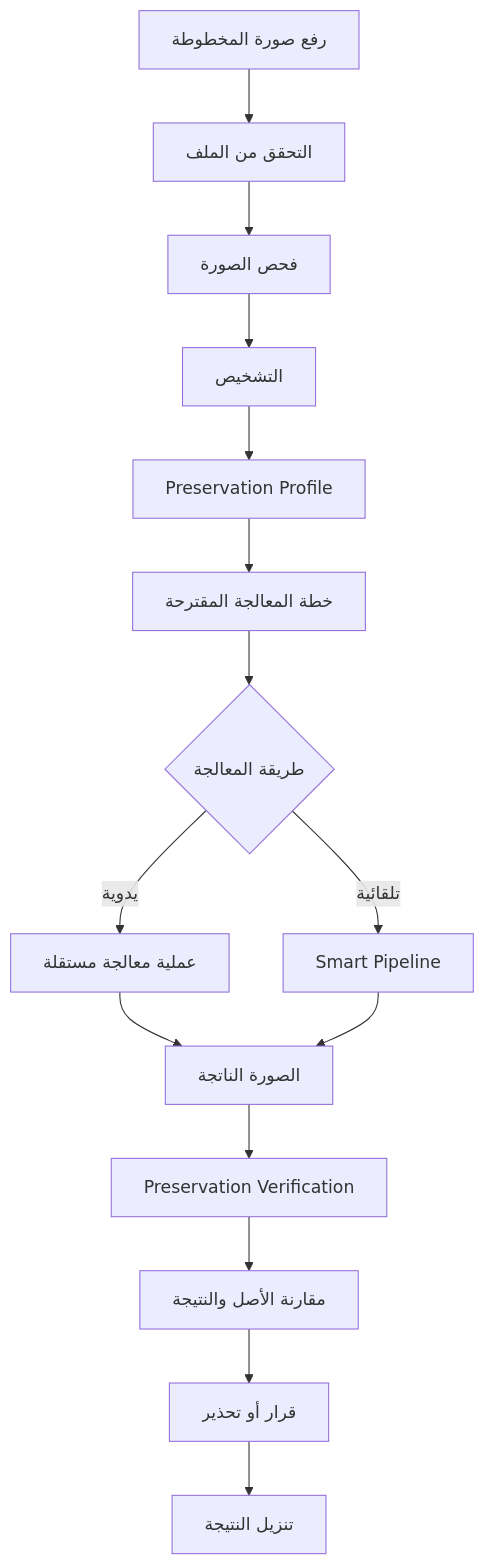
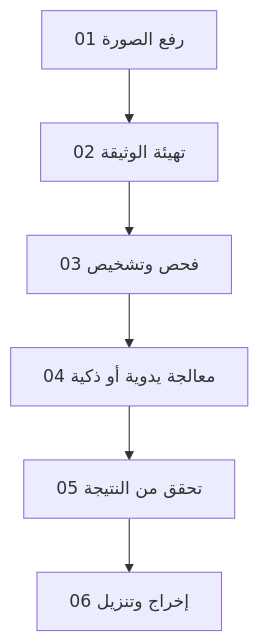
The second of 3 diagrams in docs/overview.md (Alhareith/manuscript-doctor), drawn with Mermaid before and after one commit. The commit also changed other lines of this file and 168 other files, not shown here.

````diff
--- a/docs/overview.md
+++ b/docs/overview.md
@@ -124,17 +70,8 @@
 ```mermaid
 flowchart TD
-    A["رفع صورة المخطوطة"] --> B["التحقق من الملف"]
-    B --> C["فحص الصورة"]
-    C --> D["التشخيص"]
-    D --> E["Preservation Profile"]
-    E --> F["خطة المعالجة المقترحة"]
-    F --> G{"طريقة المعالجة"}
-    G -->|يدوية| H["عملية معالجة مستقلة"]
-    G -->|تلقائية| I["Smart Pipeline"]
-    H --> J["الصورة الناتجة"]
-    I --> J
-    J --> K["Preservation Verification"]
-    K --> L["مقارنة الأصل والنتيجة"]
-    L --> M["قرار أو تحذير"]
-    M --> N["تنزيل النتيجة"]
+    A["01 رفع الصورة"] --> B["02 تهيئة الوثيقة"]
+    B --> C["03 فحص وتشخيص"]
+    C --> D["04 معالجة يدوية أو ذكية"]
+    D --> E["05 تحقق من النتيجة"]
+    E --> F["06 إخراج وتنزيل"]
 ```
````
